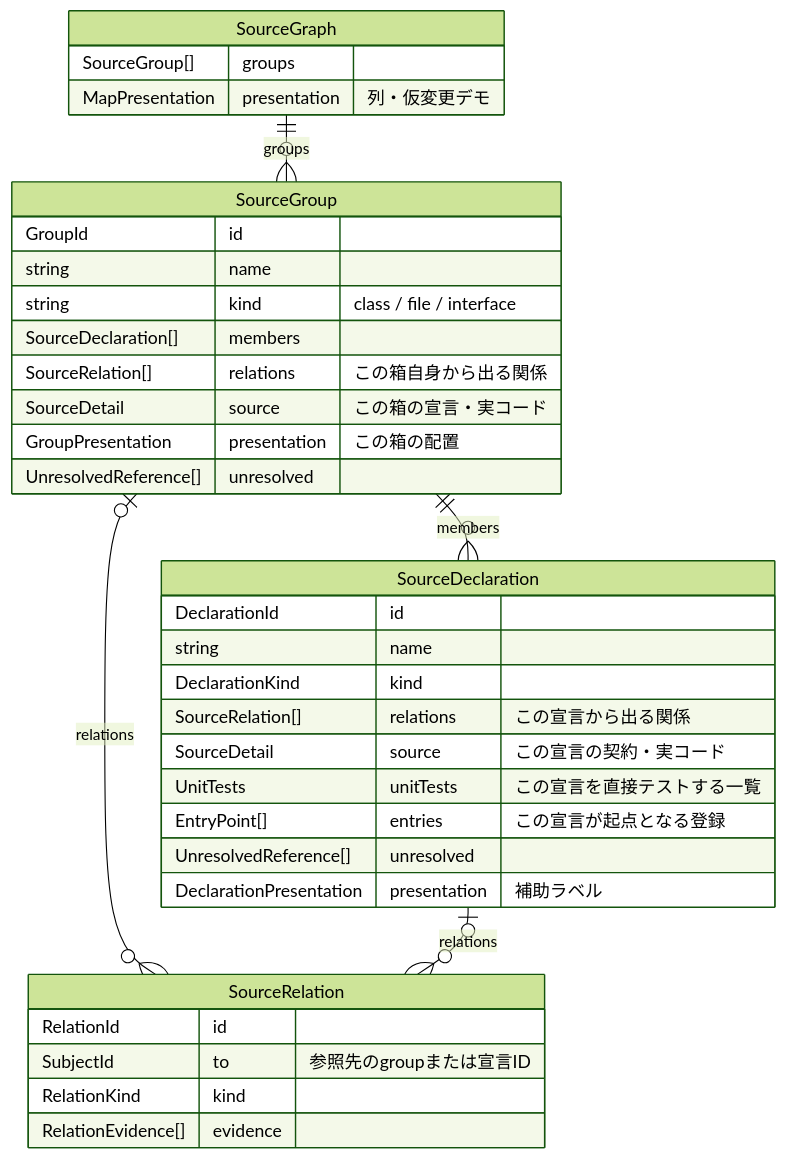
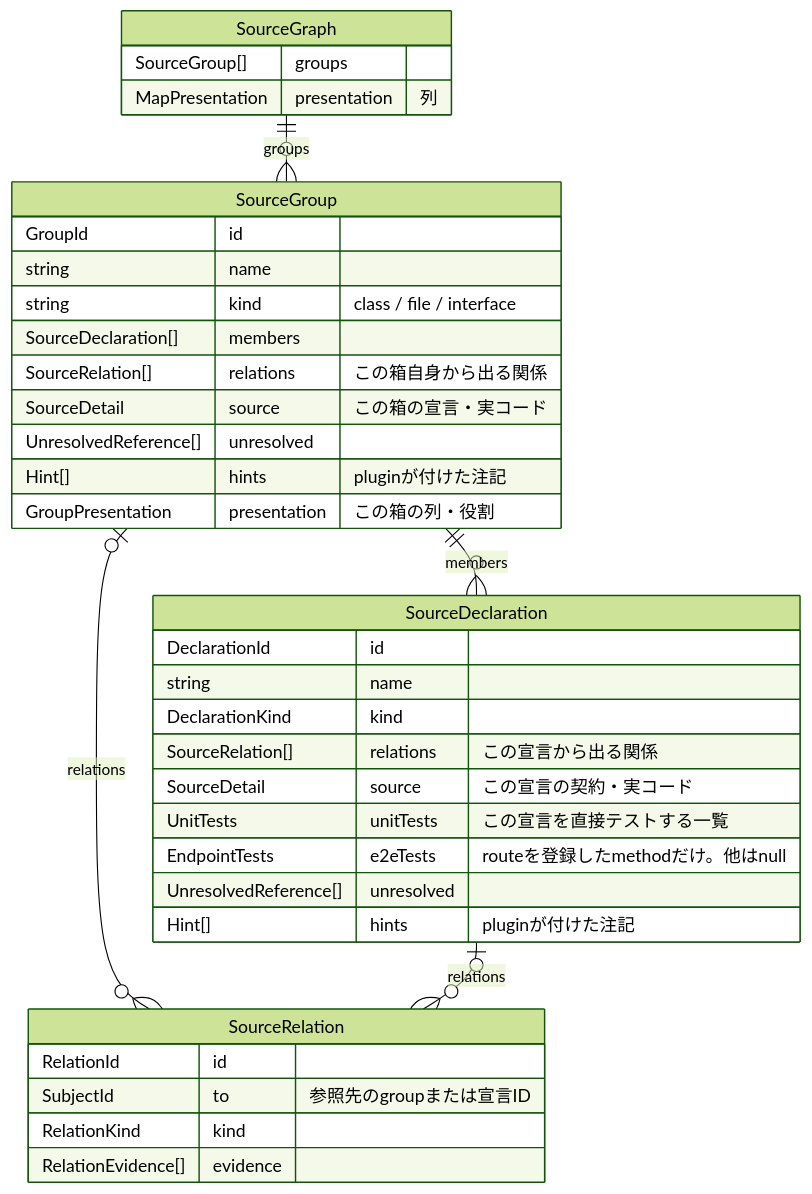
One commit to zeltjs/zelt changed the first of 6 diagrams in mocks/studio-spatial/react-migration-design.md. Above: the diagram before and after it, drawn with Mermaid (forest theme). The commit also changed other lines of this file and 37 other files, not shown here.

````diff
--- a/mocks/studio-spatial/react-migration-design.md
+++ b/mocks/studio-spatial/react-migration-design.md
@@ -12,40 +12,41 @@
 ```mermaid
 %%{init: {"er": {"entityPadding": 6, "nodeSpacing": 30, "rankSpacing": 40, "fontSize": 14}}}%%
 erDiagram
     direction TB
     SourceGraph ||--o{ SourceGroup : groups
     SourceGroup ||--o{ SourceDeclaration : members
     SourceGroup |o--o{ SourceRelation : relations
     SourceDeclaration |o--o{ SourceRelation : relations
     SourceGraph {
         SourceGroup[] groups
-        MapPresentation presentation "列・仮変更デモ"
+        MapPresentation presentation "列"
     }
     SourceGroup {
         GroupId id
         string name
         string kind "class / file / interface"
         SourceDeclaration[] members
         SourceRelation[] relations "この箱自身から出る関係"
         SourceDetail source "この箱の宣言・実コード"
-        GroupPresentation presentation "この箱の配置"
         UnresolvedReference[] unresolved
+        Hint[] hints "pluginが付けた注記"
+        GroupPresentation presentation "この箱の列・役割"
     }
     SourceDeclaration {
         DeclarationId id
         string name
         DeclarationKind kind
         SourceRelation[] relations "この宣言から出る関係"
         SourceDetail source "この宣言の契約・実コード"
         UnitTests unitTests "この宣言を直接テストする一覧"
-        EntryPoint[] entries "この宣言が起点となる登録"
+        EndpointTests e2eTests "routeを登録したmethodだけ。他はnull"
         UnresolvedReference[] unresolved
-        DeclarationPresentation presentation "補助ラベル"
+        Hint[] hints "pluginが付けた注記"
     }
     SourceRelation {
         RelationId id
         SubjectId to "参照先のgroupまたは宣言ID"
         RelationKind kind
         RelationEvidence[] evidence
     }
 ```
````
